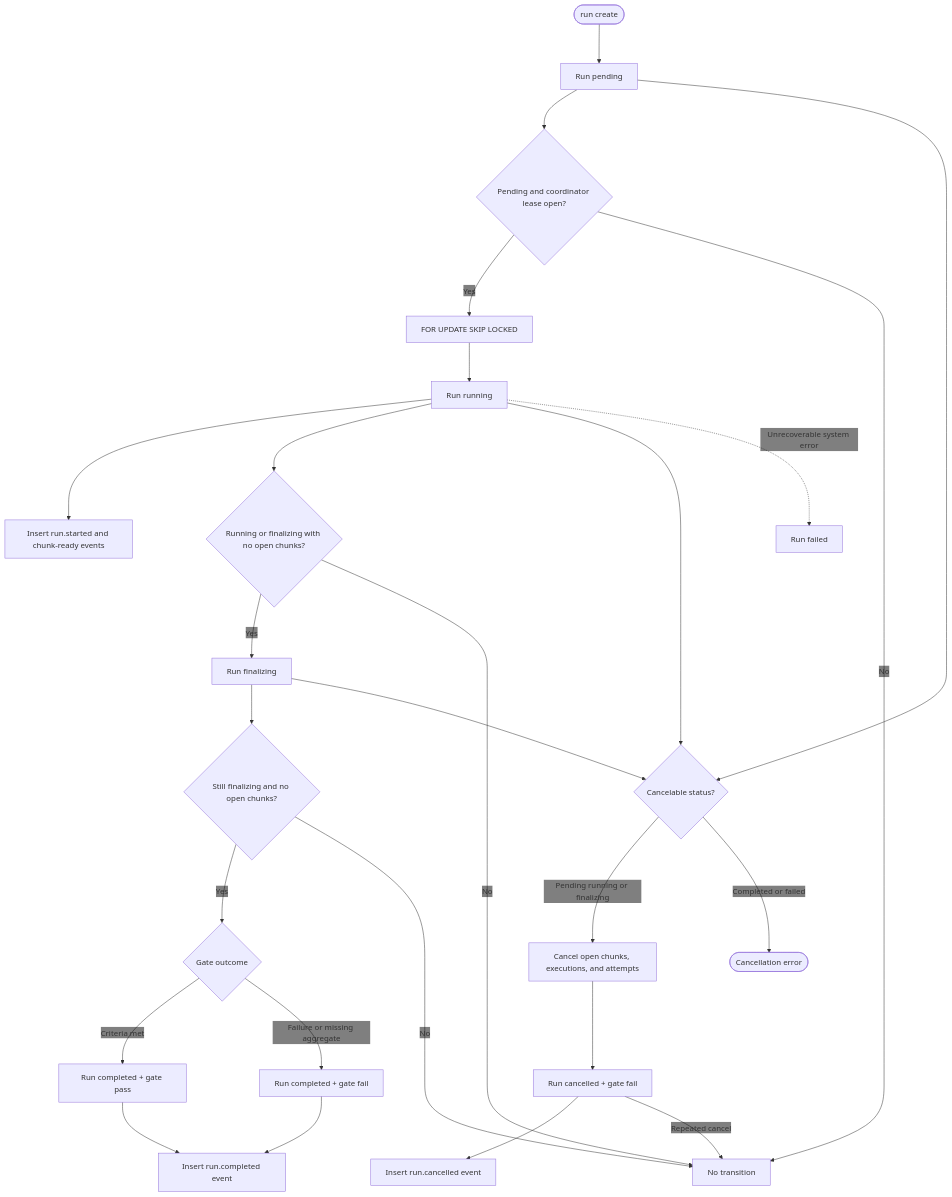
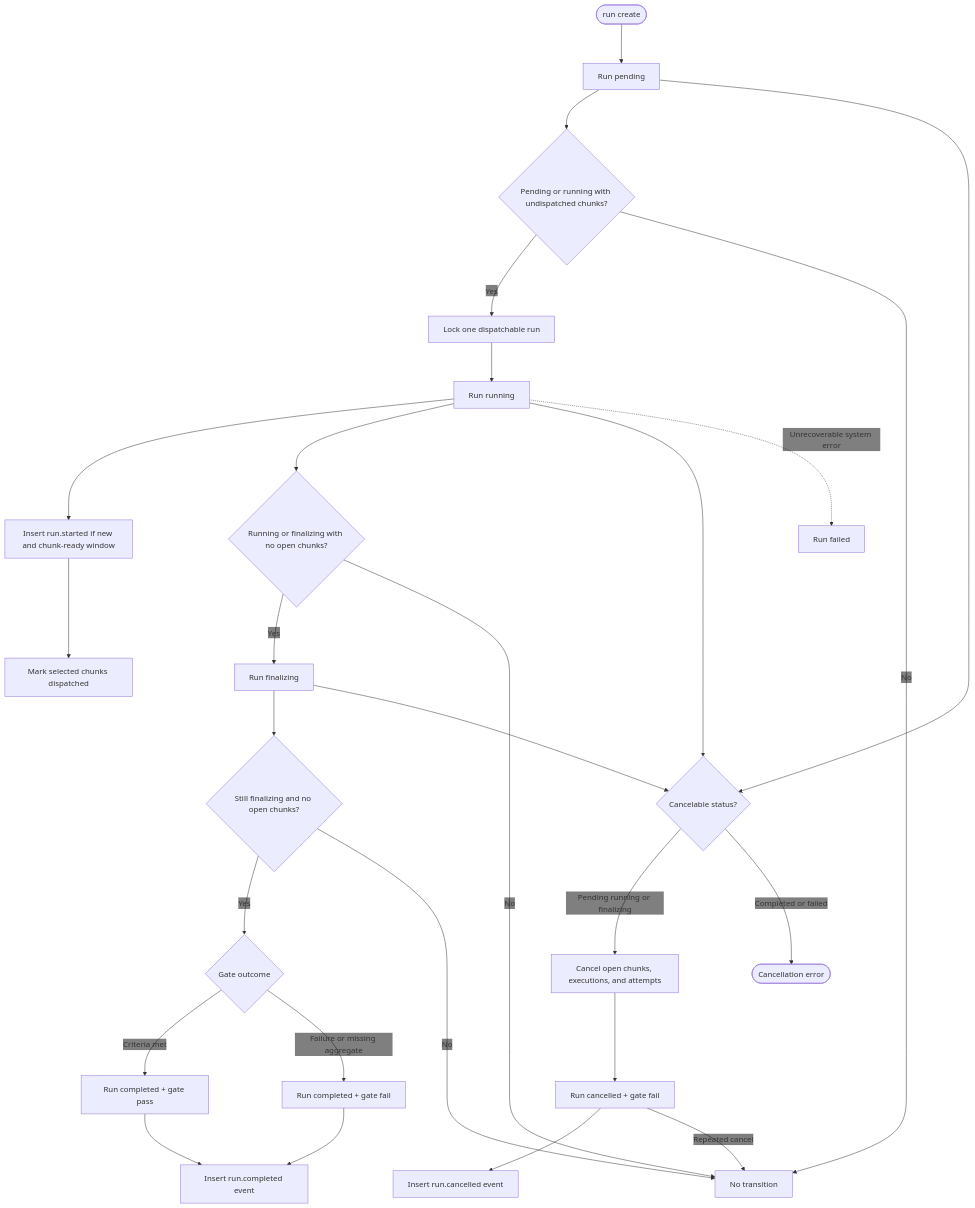
The diagram in web/docs/architecture/state/run-lifecycle/diagram.mmd (gregl83/agent-vigilo), drawn with Mermaid before and after one commit. The commit also changed 19 other files, not shown here.

```diff
--- a/web/docs/architecture/state/run-lifecycle/diagram.mmd
+++ b/web/docs/architecture/state/run-lifecycle/diagram.mmd
@@ -1,64 +1,65 @@
 ---
 config:
   flowchart:
     nodeSpacing: 150
     rankSpacing: 80
   themeVariables:
     edgeLabelBackground: 'transparent'
 ---
 flowchart TD
     Create([run create])
     Pending[Run pending]
-    DispatchGuard{Pending and coordinator lease open?}
-    DispatchLock[FOR UPDATE SKIP LOCKED]
+    DispatchGuard{Pending or running with undispatched chunks?}
+    DispatchLock[Lock one dispatchable run]
     Running[Run running]
-    DispatchEvents[Insert run.started and chunk-ready events]
+    DispatchEvents[Insert run.started if new and chunk-ready window]
+    DispatchCursor[Mark selected chunks dispatched]
 
     FinalizeGuard{Running or finalizing with no open chunks?}
     Finalizing[Run finalizing]
     FinalizeCheck{Still finalizing and no open chunks?}
     Gate{Gate outcome}
     CompletedPass[Run completed + gate pass]
     CompletedFail[Run completed + gate fail]
     CompletedEvent[Insert run.completed event]
 
     CancelGuard{Cancelable status?}
     CancelCascade[Cancel open chunks, executions, and attempts]
     Cancelled[Run cancelled + gate fail]
     CancelEvent[Insert run.cancelled event]
 
     Failed[Run failed]
     Noop[No transition]
     Reject([Cancellation error])
 
     Create --> Pending
 
     Pending --> DispatchGuard
-    DispatchGuard -- Yes --> DispatchLock --> Running --> DispatchEvents
+    DispatchGuard -- Yes --> DispatchLock --> Running --> DispatchEvents --> DispatchCursor
     DispatchGuard -- No --> Noop
 
     Running --> FinalizeGuard
     FinalizeGuard -- Yes --> Finalizing
     FinalizeGuard -- No --> Noop
 
     Finalizing --> FinalizeCheck
     FinalizeCheck -- Yes --> Gate
     FinalizeCheck -- No --> Noop
 
     Gate -- Criteria met --> CompletedPass --> CompletedEvent
     Gate -- Failure or missing aggregate --> CompletedFail --> CompletedEvent
 
     Pending --> CancelGuard
     Running --> CancelGuard
     Finalizing --> CancelGuard
     CancelGuard -- Pending running or finalizing --> CancelCascade --> Cancelled --> CancelEvent
     CancelGuard -- Completed or failed --> Reject
     Cancelled -->|Repeated cancel| Noop
 
     Running -. Unrecoverable system error .-> Failed
 
     class Create command
-    class Pending,Running,Finalizing,DispatchGuard,DispatchLock,DispatchEvents,FinalizeGuard,FinalizeCheck,Gate,CompletedEvent,CancelGuard,CancelCascade,CancelEvent system
+    class Pending,Running,Finalizing,DispatchGuard,DispatchLock,DispatchEvents,DispatchCursor,FinalizeGuard,FinalizeCheck,Gate,CompletedEvent,CancelGuard,CancelCascade,CancelEvent system
     class CompletedPass success
     class CompletedFail,Cancelled,Failed,Reject error
     class Noop component
```
